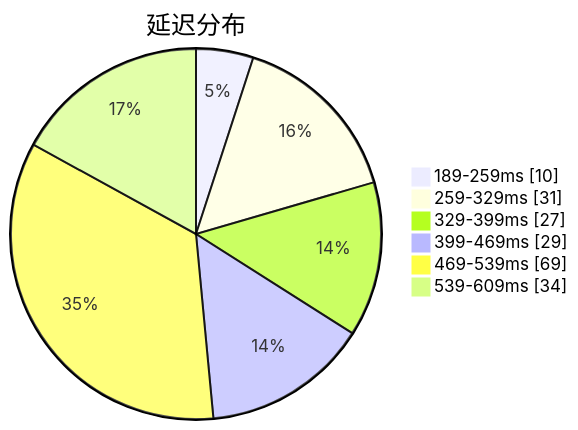
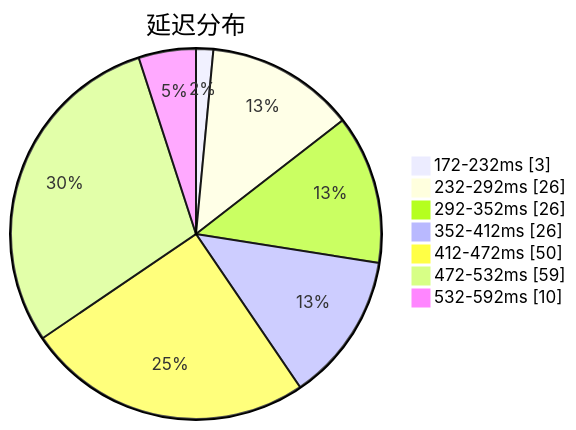
One commit to qjlxg/airport changed the first of 3 diagrams in subs/statistics/tested_within.md. Above: the diagram before and after it, drawn with Mermaid. The commit also changed other lines of this file and 2 other files, not shown here.

````diff
--- a/subs/statistics/tested_within.md
+++ b/subs/statistics/tested_within.md
@@ -2,10 +2,11 @@
 ```mermaid
 pie showData
 title 延迟分布
-"189-259ms" : 10
-"259-329ms" : 31
-"329-399ms" : 27
-"399-469ms" : 29
-"469-539ms" : 69
-"539-609ms" : 34
+"172-232ms" : 3
+"232-292ms" : 26
+"292-352ms" : 26
+"352-412ms" : 26
+"412-472ms" : 50
+"472-532ms" : 59
+"532-592ms" : 10
 ```
````
